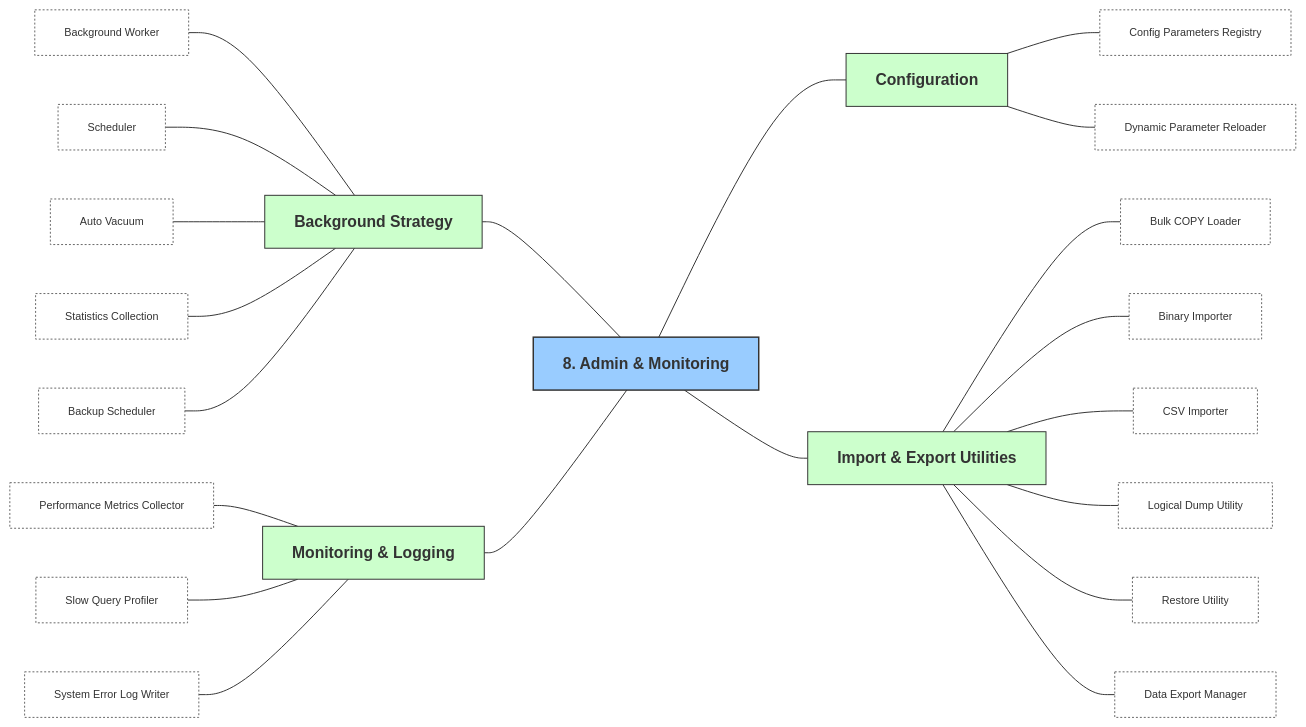
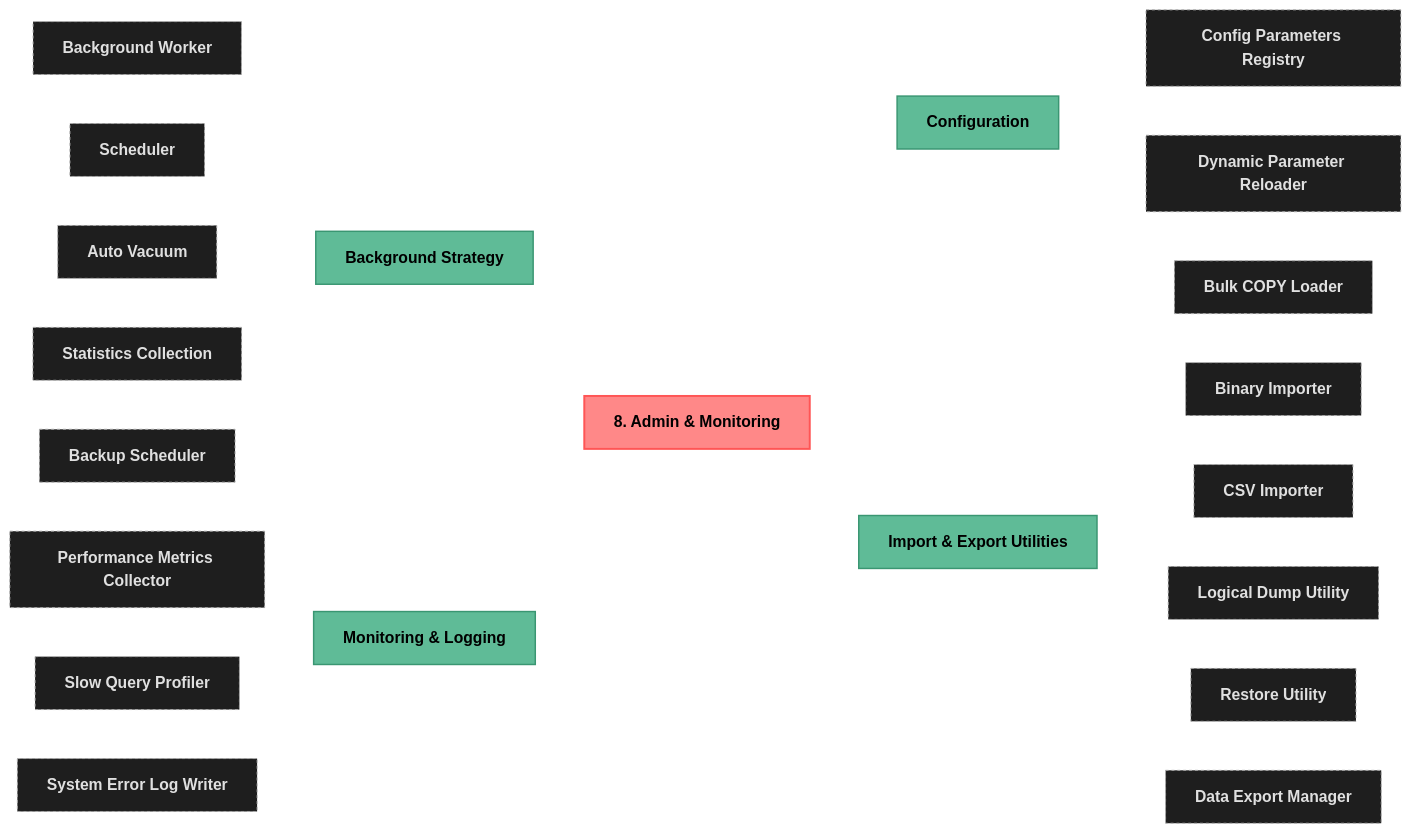
The diagram in README.md (Hagiakhanh/clean-architecture), drawn with Mermaid before and after one commit.

````diff
--- a/README.md
+++ b/README.md
@@ -1,36 +1,40 @@
 ```mermaid
 graph LR
-    classDef default fill:#f9f9f9,stroke:#333,stroke-width:1px;
-    classDef layer1 fill:#99ccff,stroke:#333,stroke-width:1.5px,font-weight:bold;
-    classDef layer2 fill:#ccffcc,stroke:#333,stroke-width:1px,font-weight:bold;
-    classDef layer3 fill:#fff,stroke:#666,stroke-width:1px,stroke-dasharray: 2 2,font-size:11px;
+    %% Styles cho nền tối (GitHub Dark Mode)
+    classDef default fill:#2d2d2d,stroke:#888,stroke-width:1px,color:#fff;
+    classDef root fill:#ff8888,stroke:#ff5555,stroke-width:2px,font-weight:bold,color:#000;
+    classDef layer2 fill:#5fbb97,stroke:#3a9672,stroke-width:1.5px,font-weight:bold,color:#000;
+    classDef layer3 fill:#1e1e1e,stroke:#aaaaaa,stroke-width:1px,stroke-dasharray: 3 3,color:#e0e0e0;
 
-    %% Root
-    am[8. Admin & Monitoring]:::layer1
+    %% Tăng độ tương phản cho đường nối liên kết giữa các node
+    linkStyle default stroke:#ffffff,stroke-width:1.5px;
+
+    %% Nút gốc (Center)
+    am[8. Admin & Monitoring]:::root
 
     %% NỬA BÊN TRÁI
     am_bs[Background Strategy]:::layer2 --- am
     am_bs1[Background Worker]:::layer3 --- am_bs
     am_bs2[Scheduler]:::layer3 --- am_bs
     am_bs3[Auto Vacuum]:::layer3 --- am_bs
     am_bs4[Statistics Collection]:::layer3 --- am_bs
     am_bs5[Backup Scheduler]:::layer3 --- am_bs
 
     am_ml[Monitoring & Logging]:::layer2 --- am
     am_ml1[Performance Metrics Collector]:::layer3 --- am_ml
     am_ml2[Slow Query Profiler]:::layer3 --- am_ml
     am_ml3[System Error Log Writer]:::layer3 --- am_ml
 
     %% NỬA BÊN PHẢI
     am --- am_cm[Configuration]:::layer2
     am_cm --- am_cm1[Config Parameters Registry]:::layer3
     am_cm --- am_cm2[Dynamic Parameter Reloader]:::layer3
 
     am --- am_ie[Import & Export Utilities]:::layer2
     am_ie --- am_ie1[Bulk COPY Loader]:::layer3
     am_ie --- am_ie2[Binary Importer]:::layer3
     am_ie --- am_ie3[CSV Importer]:::layer3
     am_ie --- am_ie4[Logical Dump Utility]:::layer3
     am_ie --- am_ie5[Restore Utility]:::layer3
     am_ie --- am_ie6[Data Export Manager]:::layer3
 ```
````
